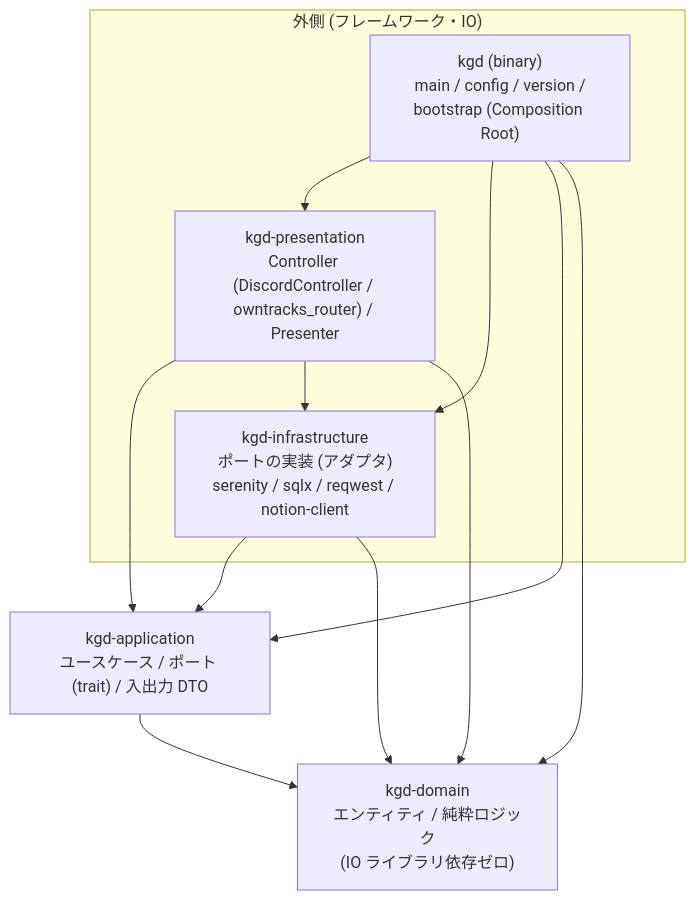
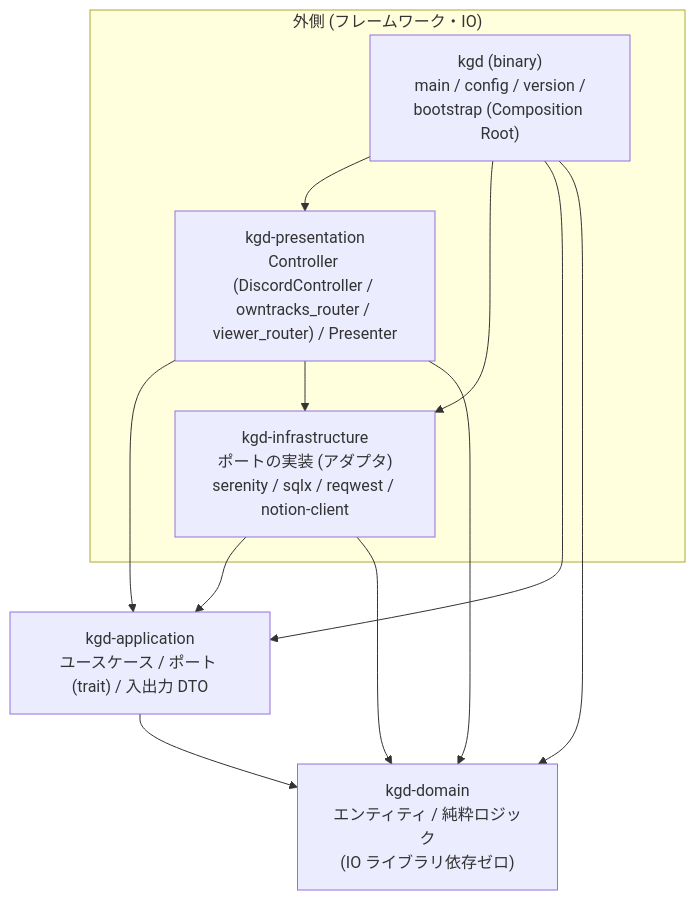
Before and after one commit to ekuinox/kgd: the first of 5 diagrams in docs/architecture.md, drawn with Mermaid. The commit also changed other lines of this file and 82 other files, not shown here.

````diff
--- a/docs/architecture.md
+++ b/docs/architecture.md
@@ -10,21 +10,21 @@
 ```mermaid
 graph TD
     subgraph outer["外側 (フレームワーク・IO)"]
         BIN["kgd (binary)<br>main / config / version /<br>bootstrap (Composition Root)"]
-        PRES["kgd-presentation<br>Controller (DiscordController / owntracks_router) / Presenter"]
+        PRES["kgd-presentation<br>Controller (DiscordController / owntracks_router / viewer_router) / Presenter"]
         INFRA["kgd-infrastructure<br>ポートの実装 (アダプタ)<br>serenity / sqlx / reqwest / notion-client"]
     end
     APP["kgd-application<br>ユースケース / ポート (trait) / 入出力 DTO"]
     DOM["kgd-domain<br>エンティティ / 純粋ロジック<br>(IO ライブラリ依存ゼロ)"]
 
     BIN --> PRES
     BIN --> INFRA
     BIN --> APP
     BIN --> DOM
     PRES --> APP
     PRES --> INFRA
     PRES --> DOM
     INFRA --> APP
     INFRA --> DOM
     APP --> DOM
 ```
````
